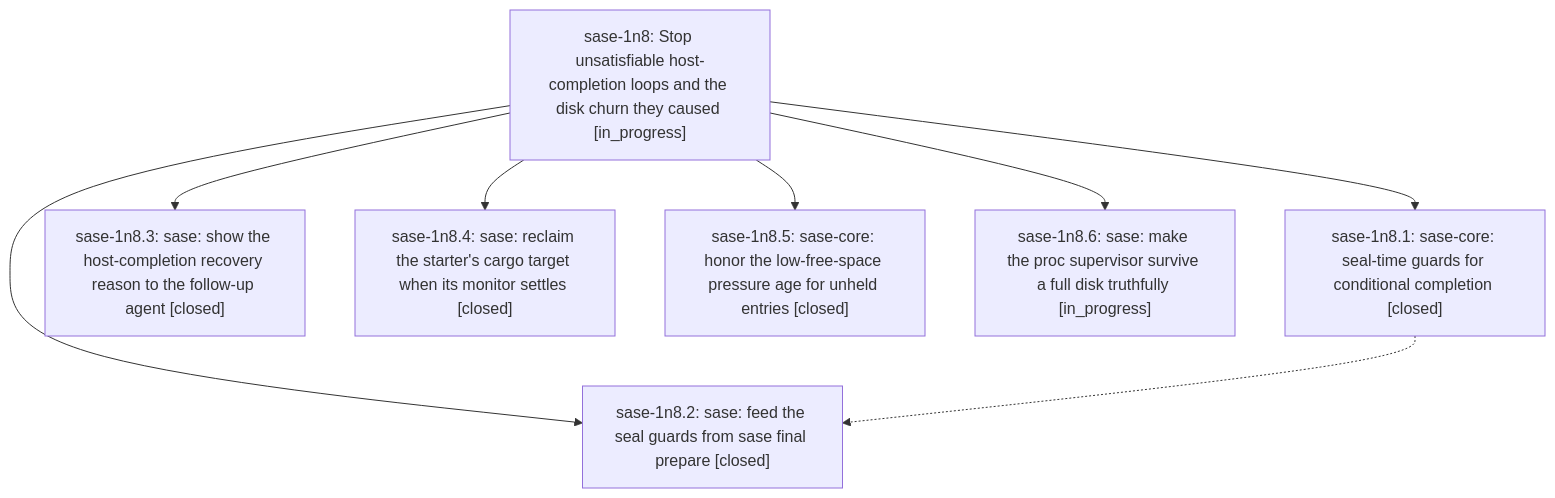
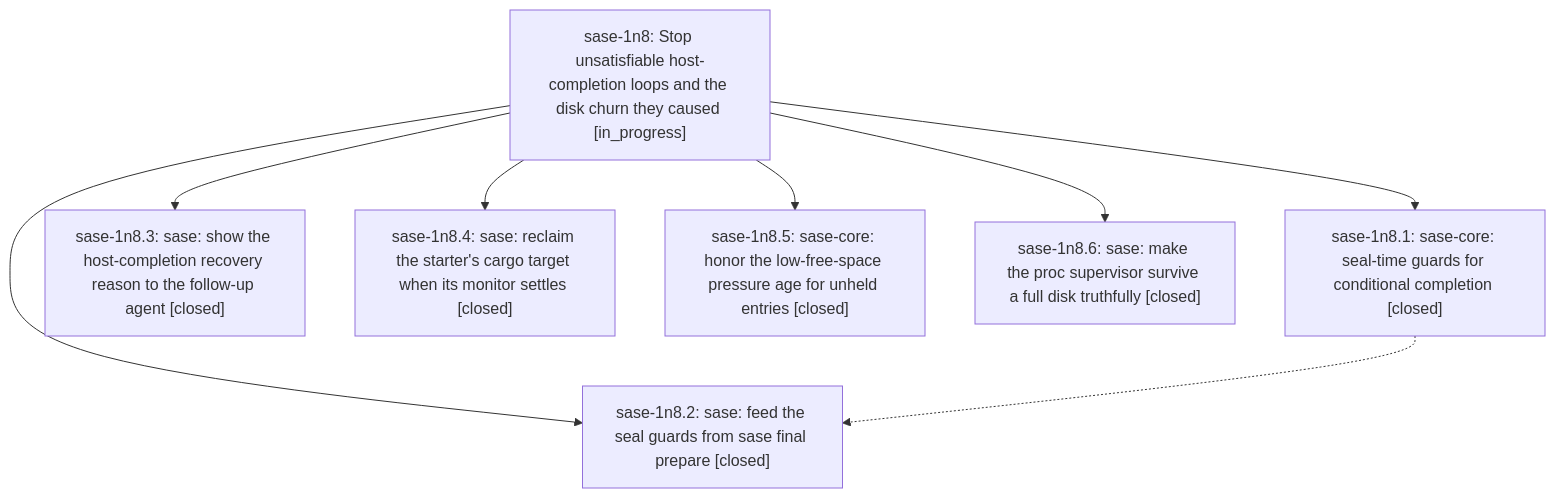
Before and after one commit to sase-org/sase--beads: the diagram in pages/sase-1n8/README.md, drawn with Mermaid. The commit also changed other lines of this file and 3 other files, not shown here.

````diff
--- a/pages/sase-1n8/README.md
+++ b/pages/sase-1n8/README.md
@@ -39,17 +39,17 @@
 ```mermaid
 flowchart TD
     n0["sase-1n8: Stop unsatisfiable host-completion loops and the disk churn they caused [in_progress]"]
     n1["sase-1n8.1: sase-core: seal-time guards for conditional completion [closed]"]
     n2["sase-1n8.2: sase: feed the seal guards from sase final prepare [closed]"]
     n3["sase-1n8.3: sase: show the host-completion recovery reason to the follow-up agent [closed]"]
     n4["sase-1n8.4: sase: reclaim the starter's cargo target when its monitor settles [closed]"]
     n5["sase-1n8.5: sase-core: honor the low-free-space pressure age for unheld entries [closed]"]
-    n6["sase-1n8.6: sase: make the proc supervisor survive a full disk truthfully [in_progress]"]
+    n6["sase-1n8.6: sase: make the proc supervisor survive a full disk truthfully [closed]"]
     n0 --> n1
     n0 --> n2
     n0 --> n3
     n0 --> n4
     n0 --> n5
     n0 --> n6
     n1 -.-> n2
 ```
````
